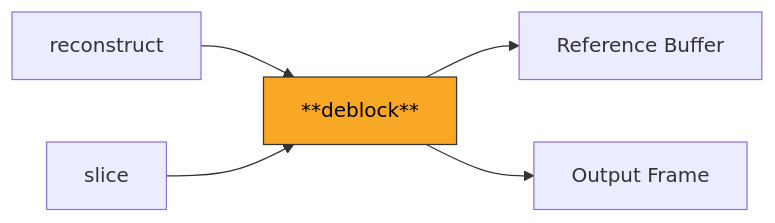
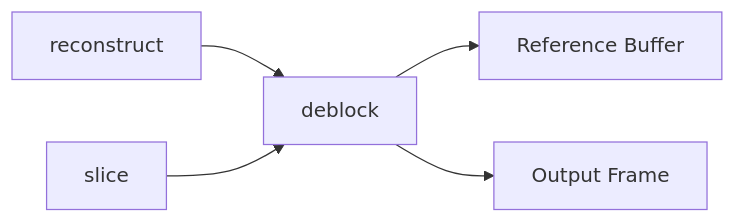
Before and after one commit to abhiksark/python-h264-scratch: the second of 2 diagrams in deblock/README.md, drawn with Mermaid. The commit also changed other lines of this file and 13 other files, not shown here.

````diff
--- a/deblock/README.md
+++ b/deblock/README.md
@@ -17,8 +106,7 @@
 ```mermaid
 flowchart LR
-    REC[reconstruct] --> DB["**deblock**"]
+    REC[reconstruct] --> DB["deblock"]
     DB --> REF["Reference Buffer"]
     DB --> OUT[Output Frame]
     SL[slice] --> DB
-    style DB fill:#f9a825,stroke:#333,color:#000
 ```
````
